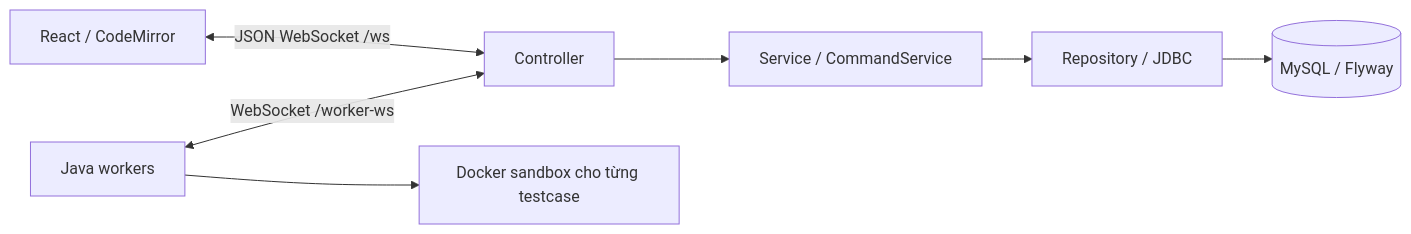
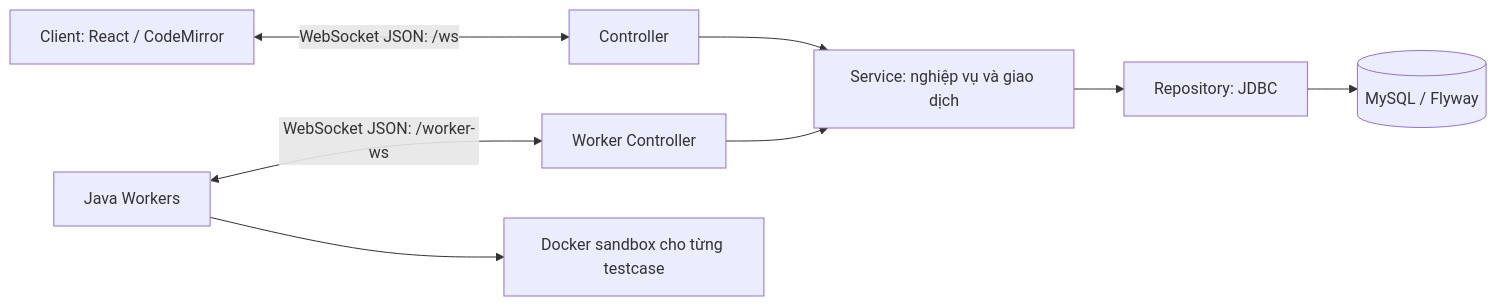
One commit to XuanMjnh/CodeGrade changed the first of 2 diagrams in README.md. Above: the diagram before and after it, drawn with Mermaid. The commit also changed other lines of this file and 2 other files, not shown here.

````diff
--- a/README.md
+++ b/README.md
@@ -56,9 +89,10 @@
 ```mermaid
 flowchart LR
-    C[React / CodeMirror] <-->|JSON WebSocket /ws| T[Controller]
-    T --> S[Service / CommandService]
-    S --> R[Repository / JDBC]
+    C[Client: React / CodeMirror] <-->|WebSocket JSON: /ws| T[Controller]
+    T --> S[Service: nghiệp vụ và giao dịch]
+    S --> R[Repository: JDBC]
     R --> D[(MySQL / Flyway)]
-    W[Java workers] <-->|WebSocket /worker-ws| T
+    W[Java Workers] <-->|WebSocket JSON: /worker-ws| WT[Worker Controller]
+    WT --> S
     W --> B[Docker sandbox cho từng testcase]
 ```
````
